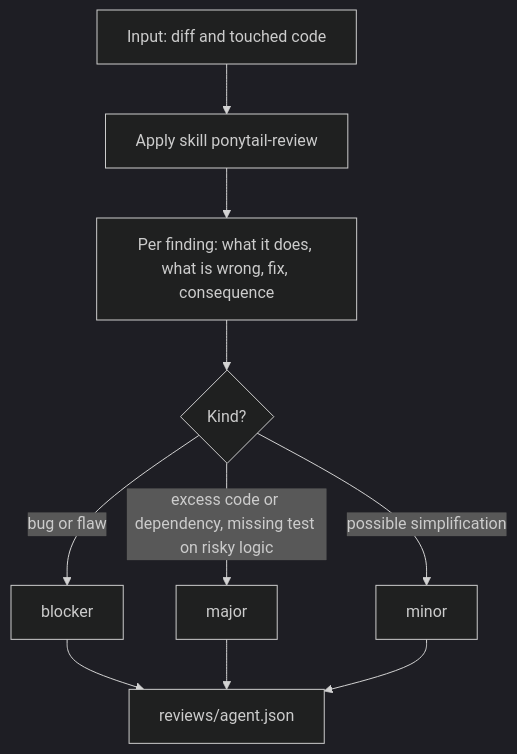
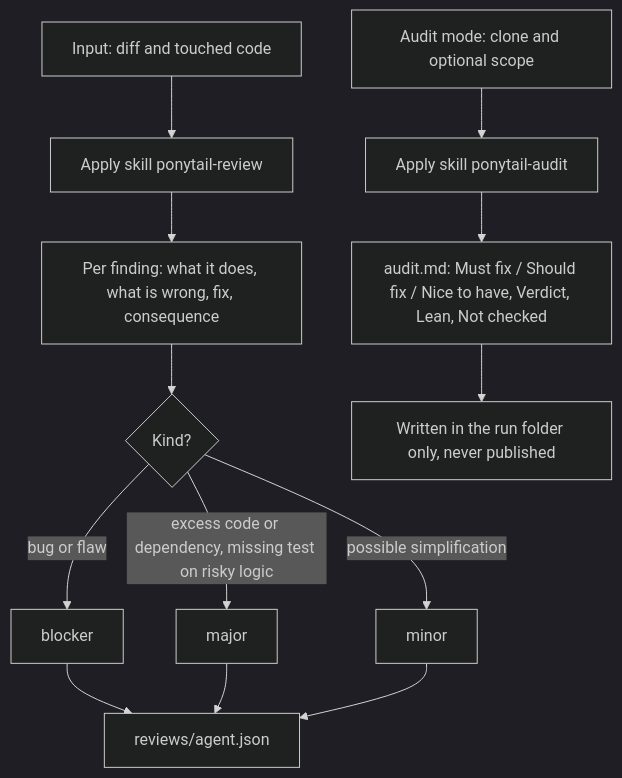
One commit to nicolasmondain/adorno changed the eighth of 11 diagrams in src/agents/review/SCHEMA.md. Above: the diagram before and after it, drawn with Mermaid (dark theme). The commit also changed 33 other files, not shown here.

````diff
--- a/src/agents/review/SCHEMA.md
+++ b/src/agents/review/SCHEMA.md
@@ -121,12 +121,15 @@
 ```mermaid
 flowchart TD
   A["Input: diff and touched code"] --> B["Apply skill ponytail-review"]
   B --> C["Per finding: what it does, what is wrong, fix, consequence"]
   C --> D{"Kind?"}
   D -->|"bug or flaw"| E["blocker"]
   D -->|"excess code or dependency, missing test on risky logic"| F["major"]
   D -->|"possible simplification"| G["minor"]
   E --> H["reviews/agent.json"]
   F --> H
   G --> H
+  M["Audit mode: clone and optional scope"] --> N["Apply skill ponytail-audit"]
+  N --> O["audit.md: Must fix / Should fix / Nice to have, Verdict, Lean, Not checked"]
+  O --> P["Written in the run folder only, never published"]
 ```
````
